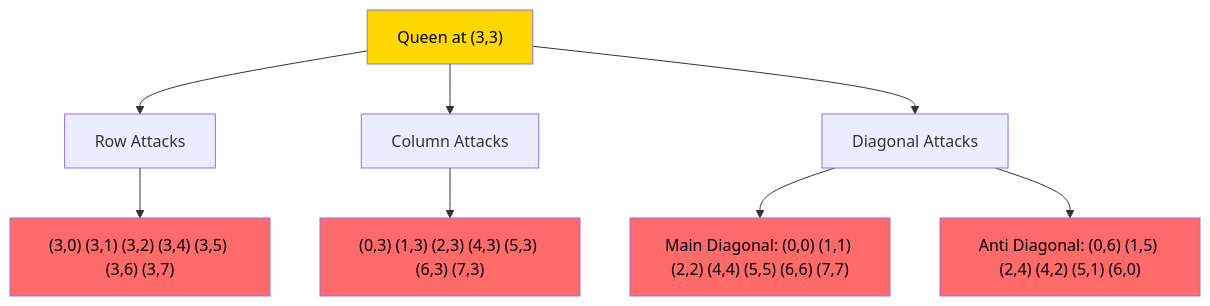
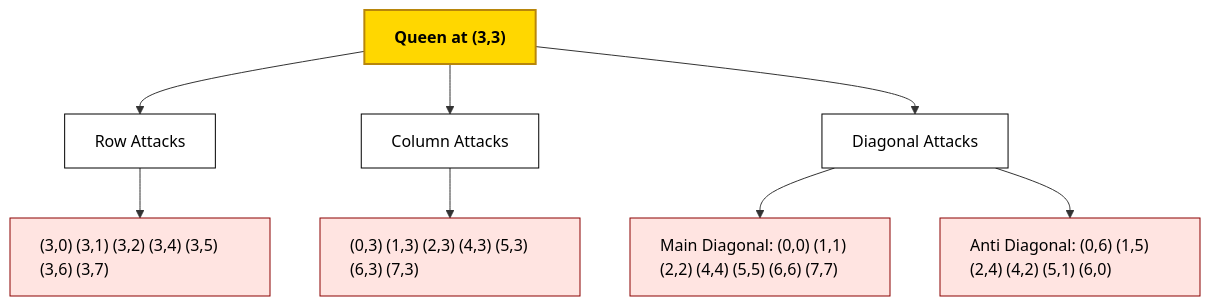
One commit to zeroisinfinity/DSA-C_Cpp changed the first of 12 diagrams in BACKTRACKING/N-queens/guide.md. Above: the diagram before and after it, drawn with Mermaid. The commit also changed other lines of this file and 1 other file, not shown here.

````diff
--- a/BACKTRACKING/N-queens/guide.md
+++ b/BACKTRACKING/N-queens/guide.md
@@ -25,16 +25,28 @@
 ```mermaid
 graph TD
     A["Queen at (3,3)"] --> B["Row Attacks"]
     A --> C["Column Attacks"]
     A --> D["Diagonal Attacks"]
     
     B --> B1["(3,0) (3,1) (3,2) (3,4) (3,5) (3,6) (3,7)"]
     C --> C1["(0,3) (1,3) (2,3) (4,3) (5,3) (6,3) (7,3)"]
     D --> D1["Main Diagonal: (0,0) (1,1) (2,2) (4,4) (5,5) (6,6) (7,7)"]
     D --> D2["Anti Diagonal: (0,6) (1,5) (2,4) (4,2) (5,1) (6,0)"]
     
-    classDef queen fill:#FFD700,color:#000000
-    classDef attack fill:#FF6B6B,color:#000000
+    classDef default fill:#FFFFFF,stroke:#000000,color:#000000
+    classDef queen fill:#FFD700,stroke:#B8860B,stroke-width:2px,color:#000000,font-weight:bold
+    classDef attack fill:#FFE4E1,stroke:#8B0000,stroke-width:1px,color:#000000
+    
     class A queen
+    class B,C,D fill:#E6E6FA,stroke:#9370DB,stroke-width:1px,color:#000000
     class B1,C1,D1,D2 attack
+    
+    style A text-align:center
+    style B text-align:center
+    style C text-align:center
+    style D text-align:center
+    style B1 text-align:left
+    style C1 text-align:left
+    style D1 text-align:left
+    style D2 text-align:left
 ```
````
